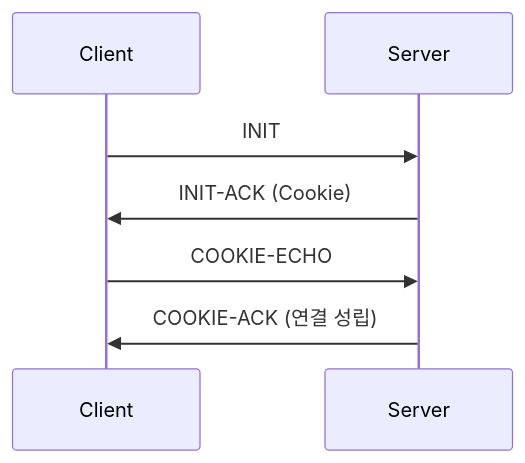
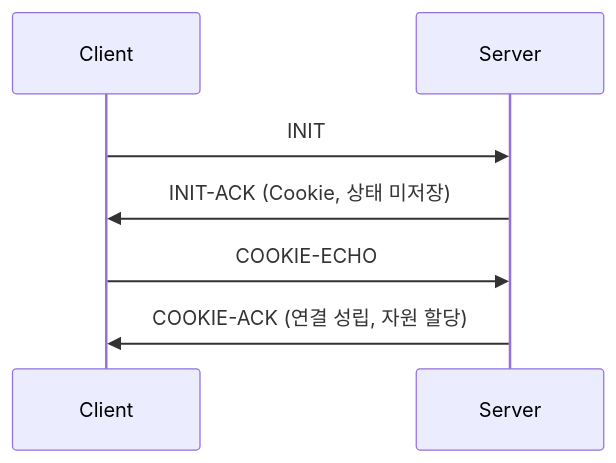
Before and after one commit to coninggu/wjdqhrhksflrltnftk: the diagram in content/sctp.md, drawn with Mermaid. The commit also changed other lines of this file and 6 other files, not shown here.

````diff
--- a/content/sctp.md
+++ b/content/sctp.md
@@ -23,9 +29,9 @@
 ```mermaid
 sequenceDiagram
   participant C as Client
   participant S as Server
   C->>S: INIT
-  S->>C: INIT-ACK (Cookie)
+  S->>C: INIT-ACK (Cookie, 상태 미저장)
   C->>S: COOKIE-ECHO
-  S->>C: COOKIE-ACK (연결 성립)
+  S->>C: COOKIE-ACK (연결 성립, 자원 할당)
 ```
````
